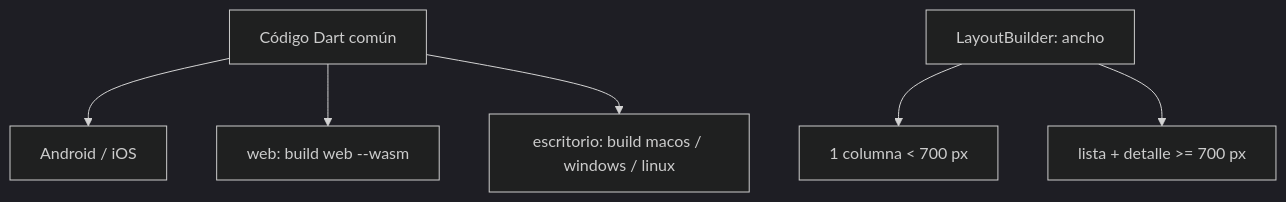
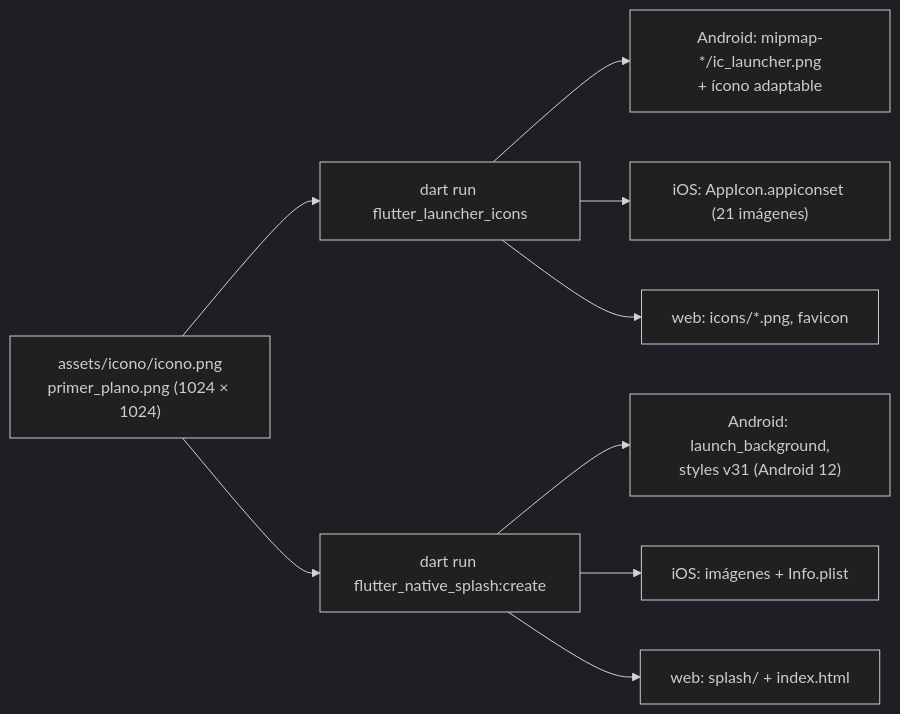
Before and after one commit to NICORUIZ93/The_Imperial_Book: the third of 4 diagrams in web/public/content/flutter/modulo-11.md, drawn with Mermaid (dark theme). The commit also changed other lines of this file and 6 other files, not shown here.

````diff
--- a/web/public/content/flutter/modulo-11.md
+++ b/web/public/content/flutter/modulo-11.md
@@ -354,8 +786,11 @@
 ```mermaid
-flowchart TB
-    C["Código Dart común"] --> M["Android / iOS"]
-    C --> W["web: build web --wasm"]
-    C --> D["escritorio: build macos / windows / linux"]
-    L["LayoutBuilder: ancho"] --> U1["1 columna < 700 px"]
-    L --> U2["lista + detalle >= 700 px"]
+flowchart LR
+    I["assets/icono/icono.png<br/>primer_plano.png (1024 × 1024)"] --> L["dart run flutter_launcher_icons"]
+    I --> S["dart run flutter_native_splash:create"]
+    L --> A["Android: mipmap-*/ic_launcher.png<br/>+ ícono adaptable"]
+    L --> IO["iOS: AppIcon.appiconset (21 imágenes)"]
+    L --> W["web: icons/*.png, favicon"]
+    S --> SA["Android: launch_background,<br/>styles v31 (Android 12)"]
+    S --> SI["iOS: imágenes + Info.plist"]
+    S --> SW["web: splash/ + index.html"]
 ```
````
